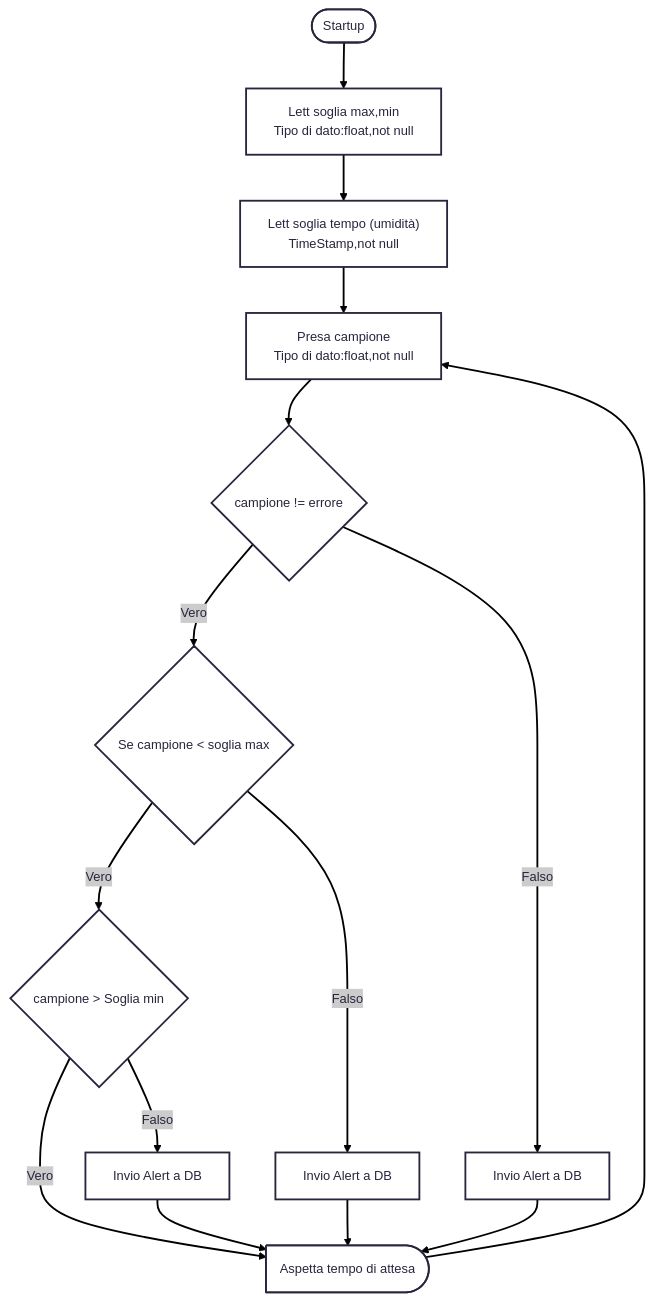
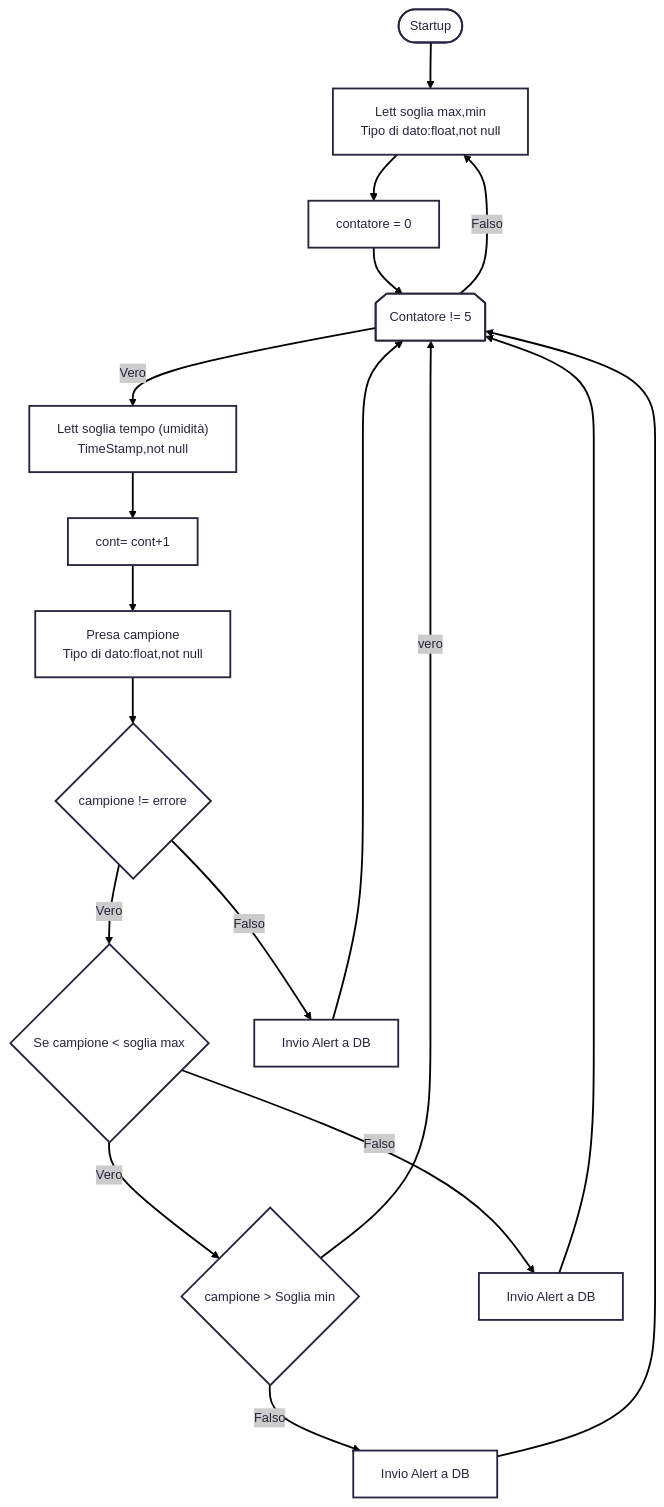
Before and after one commit to rossileonardo1/apicoltura-digitale-progettazione: the diagram in Flowchart Umidità 1.0.mmd, drawn with Mermaid.

Commit message:
Letture soglie max e min
SI richiedono al server le soglie max e min ogni 5 misurazione cioè 30 minuti

```diff
--- a/Flowchart Umidità 1.0.mmd
+++ b/Flowchart Umidità 1.0.mmd
@@ -1,31 +1,36 @@
 ---
 config:
   theme: redux
   layout: fixed
 ---
 flowchart TB
     A(["Startup"]) --> n1["Lett soglia max,min<br>Tipo di dato:float,not null"]
-    n1 --> n4["Lett soglia tempo (umidità)<br>TimeStamp,not null"]
-    n4 --> n5["Presa campione<br>Tipo di dato:float,not null"]
-    n5 --> n6["campione != errore"]
+    n5["Presa campione<br>Tipo di dato:float,not null"] --> n6["campione != errore"]
     n6 -- Vero --> n7["Se campione &lt; soglia max"]
     n7 -- Vero --> n8["campione &gt; Soglia min"]
     n7 -- Falso --> n9["Invio Alert a DB"]
     n8 -- Falso --> n10["Invio Alert a DB"]
-    n8 -- Vero --> n11["Aspetta tempo di attesa"]
     n6 -- Falso --> n12["Invio Alert a DB"]
-    n10 --> n11
-    n9 --> n11
-    n12 --> n11
-    n11 --> n5
+    n1 --> n14["contatore = 0"]
+    n14 --> n13["Contatore != 5"]
+    n13 -- Vero --> n4["Lett soglia tempo (umidità)<br>TimeStamp,not null"]
+    n13 -- Falso --> n1
+    n8 -- vero --> n13
+    n10 --> n13
+    n9 --> n13
+    n12 --> n13
+    n4 --> n15["cont= cont+1"]
+    n15 --> n5
 
     n1@{ shape: proc}
-    n4@{ shape: proc}
     n5@{ shape: proc}
     n6@{ shape: decision}
     n7@{ shape: decision}
     n8@{ shape: decision}
     n9@{ shape: proc}
     n10@{ shape: proc}
-    n11@{ shape: delay}
     n12@{ shape: proc}
+    n14@{ shape: proc}
+    n13@{ shape: loop-limit}
+    n4@{ shape: proc}
+    n15@{ shape: proc}
```
